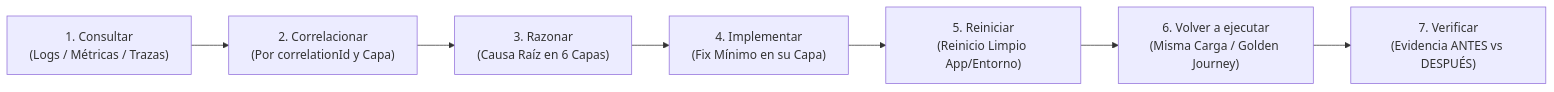
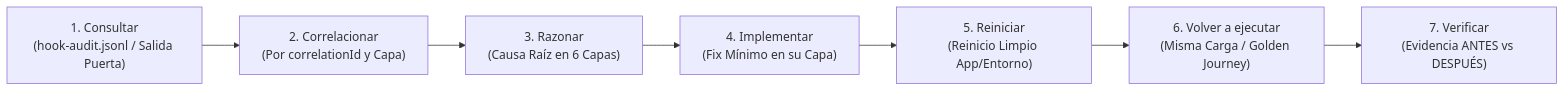
The diagram in docs/RELIABILITY.md (sebasD-mente/sebastian-web-Portafolio), drawn with Mermaid before and after one commit. The commit also changed other lines of this file and 23 other files, not shown here.

````diff
--- a/docs/RELIABILITY.md
+++ b/docs/RELIABILITY.md
@@ -117,9 +123,9 @@
 ```mermaid
 flowchart LR
-    Q["1. Consultar<br/>(Logs / Métricas / Trazas)"] --> C["2. Correlacionar<br/>(Por correlationId y Capa)"]
+    Q["1. Consultar<br/>(hook-audit.jsonl / Salida Puerta)"] --> C["2. Correlacionar<br/>(Por correlationId y Capa)"]
     C --> R["3. Razonar<br/>(Causa Raíz en 6 Capas)"]
     R --> I["4. Implementar<br/>(Fix Mínimo en su Capa)"]
     I --> S["5. Reiniciar<br/>(Reinicio Limpio App/Entorno)"]
     S --> E["6. Volver a ejecutar<br/>(Misma Carga / Golden Journey)"]
     E --> V["7. Verificar<br/>(Evidencia ANTES vs DESPUÉS)"]
 ```
````
